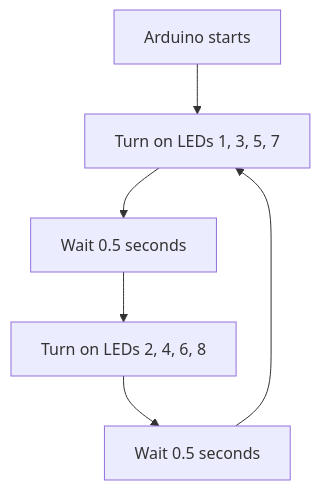
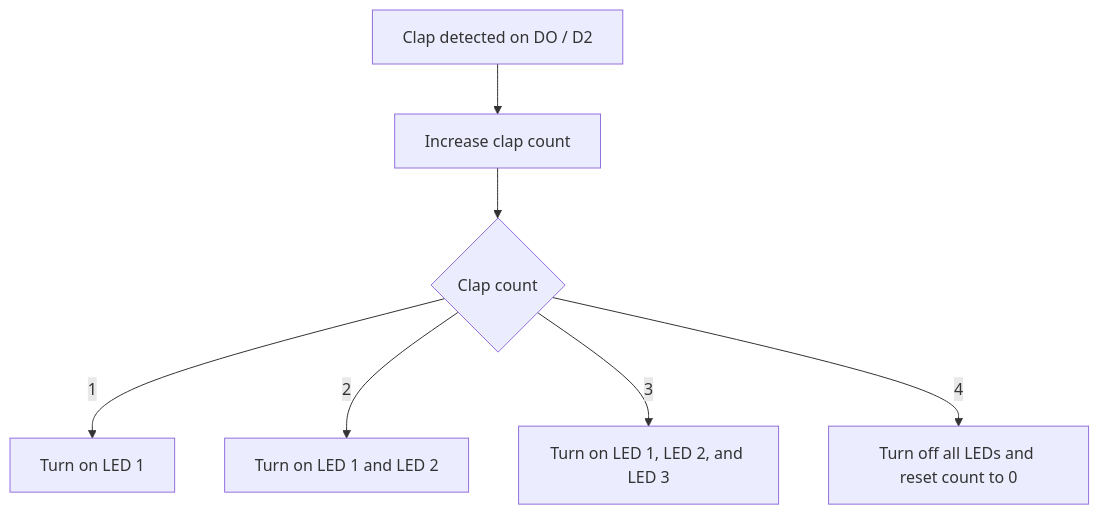
One commit to Danncode10/Clap_light changed the second of 2 diagrams in docs/connections.md. Above: the diagram before and after it, drawn with Mermaid. The commit also changed other lines of this file and 1 other file, not shown here.

Commit message:
Add wiring guide and Arduino sketch for Clap-Activated Lamp Shade functionality

````diff
--- a/docs/connections.md
+++ b/docs/connections.md
@@ -77,14 +67,9 @@
 ```mermaid
 flowchart TD
-    Start["Arduino starts"]
-    OddOn["Turn on LEDs 1, 3, 5, 7"]
-    WaitOdd["Wait 0.5 seconds"]
-    EvenOn["Turn on LEDs 2, 4, 6, 8"]
-    WaitEven["Wait 0.5 seconds"]
-
-    Start --> OddOn
-    OddOn --> WaitOdd
-    WaitOdd --> EvenOn
-    EvenOn --> WaitEven
-    WaitEven --> OddOn
+    Clap["Clap detected on DO / D2"] --> Count["Increase clap count"]
+    Count --> One{"Clap count"}
+    One -- "1" --> L1["Turn on LED 1"]
+    One -- "2" --> L2["Turn on LED 1 and LED 2"]
+    One -- "3" --> L3["Turn on LED 1, LED 2, and LED 3"]
+    One -- "4" --> Off["Turn off all LEDs and reset count to 0"]
 ```
````
